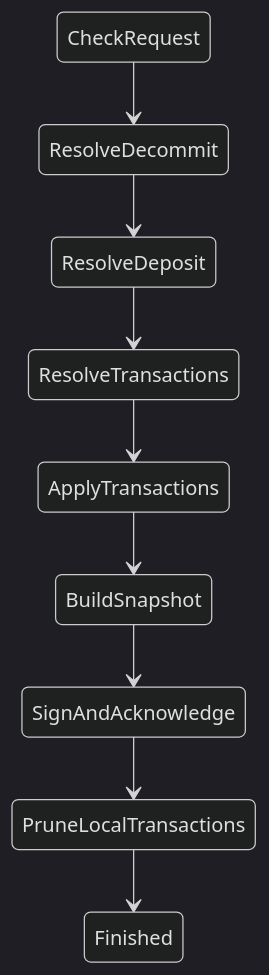
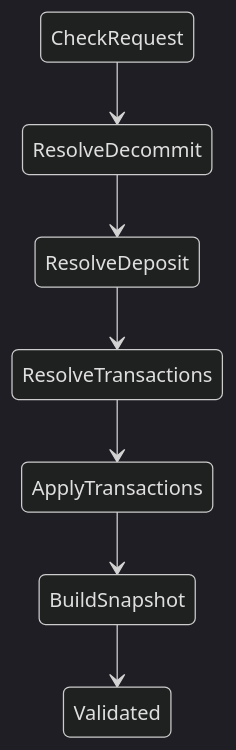
Before and after one commit to cardano-scaling/hydra: the sixth of 17 diagrams in docs/docs/dev/architecture/head-logic-machines.md, drawn with Mermaid (dark theme). The commit also changed other lines of this file, not shown here.

Commit message:
Regenerate diagrams with named lifecycle operations

````diff
--- a/docs/docs/dev/architecture/head-logic-machines.md
+++ b/docs/docs/dev/architecture/head-logic-machines.md
@@ -182,21 +176,17 @@
 ```mermaid
 stateDiagram-v2
 state "CheckRequest" as s0
 state "ResolveDecommit" as s1
 state "ResolveDeposit" as s2
 state "ResolveTransactions" as s3
 state "ApplyTransactions" as s4
 state "BuildSnapshot" as s5
-state "SignAndAcknowledge" as s6
-state "PruneLocalTransactions" as s7
-state "Finished" as s8
+state "Validated" as s6
 s0 --> s1
 s1 --> s2
 s2 --> s3
 s3 --> s4
 s4 --> s5
 s5 --> s6
-s6 --> s7
-s7 --> s8
 
 ```
````
